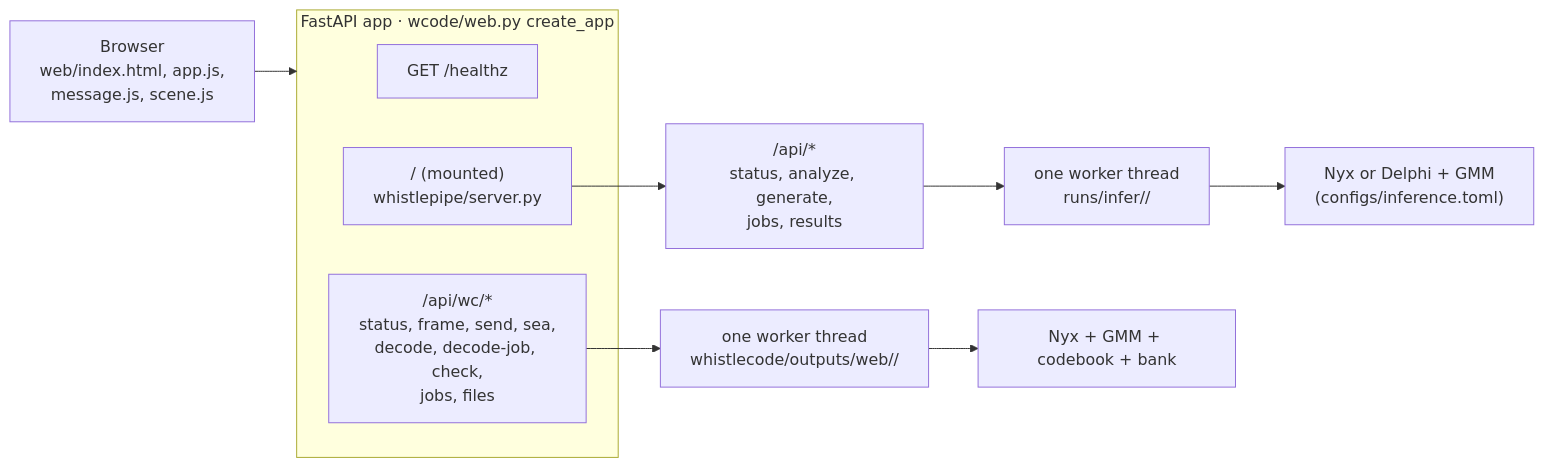
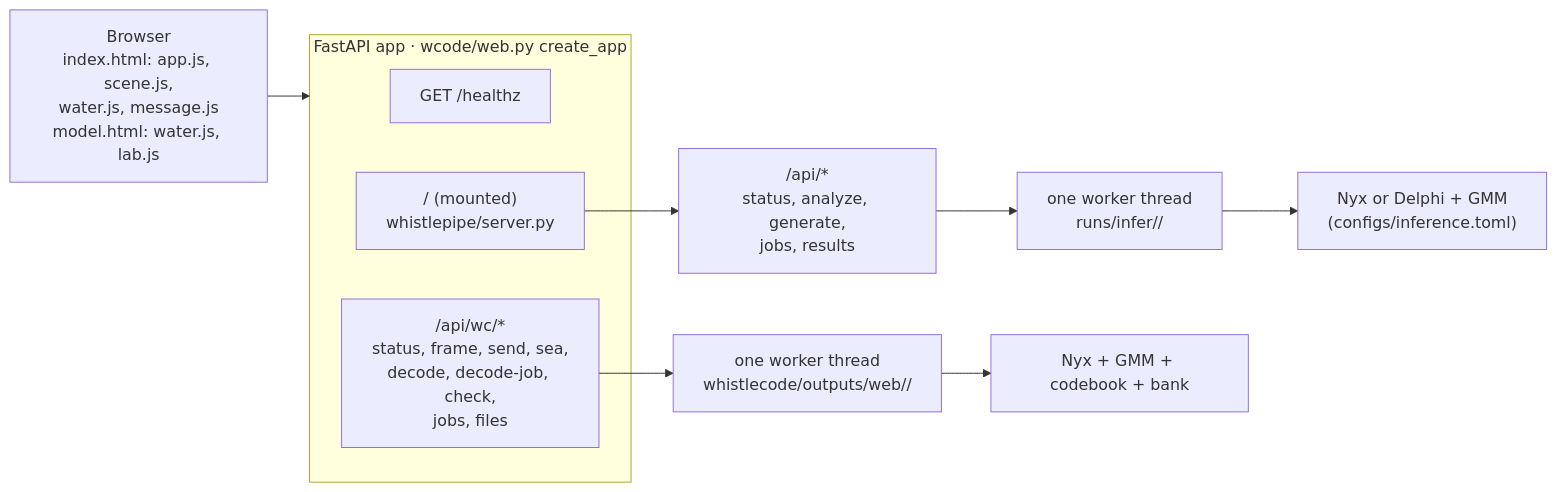
Before and after one commit to Brindanjali/cetacean_whistle_reproduction: the second of 3 diagrams in docs/ARCHITECTURE.md, drawn with Mermaid. The commit also changed other lines of this file and 33 other files, not shown here.

Commit message:
Web: retelling P1 and P2 - film data from real records (export-film), Encode and Decode after the film, Try it on model.html (WEB-5)

````diff
--- a/docs/ARCHITECTURE.md
+++ b/docs/ARCHITECTURE.md
@@ -68,14 +69,14 @@
 ```mermaid
 flowchart LR
-    B["Browser<br/>web/index.html, app.js,<br/>message.js, scene.js"] --> APP
+    B["Browser<br/>index.html: app.js, scene.js,<br/>water.js, message.js<br/>model.html: water.js, lab.js"] --> APP
     subgraph APP["FastAPI app · wcode/web.py create_app"]
         H["GET /healthz"]
         WC["/api/wc/*<br/>status, frame, send, sea,<br/>decode, decode-job, check,<br/>jobs, files"]
         PAGE["/ (mounted)<br/>whistlepipe/server.py"]
     end
     PAGE --> TRY["/api/*<br/>status, analyze, generate,<br/>jobs, results"]
     WC --> Q1["one worker thread<br/>whistlecode/outputs/web/<id>/"]
     TRY --> Q2["one worker thread<br/>runs/infer/<id>/"]
     Q1 --> M1["Nyx + GMM + codebook + bank"]
     Q2 --> M2["Nyx or Delphi + GMM<br/>(configs/inference.toml)"]
 ```
````
